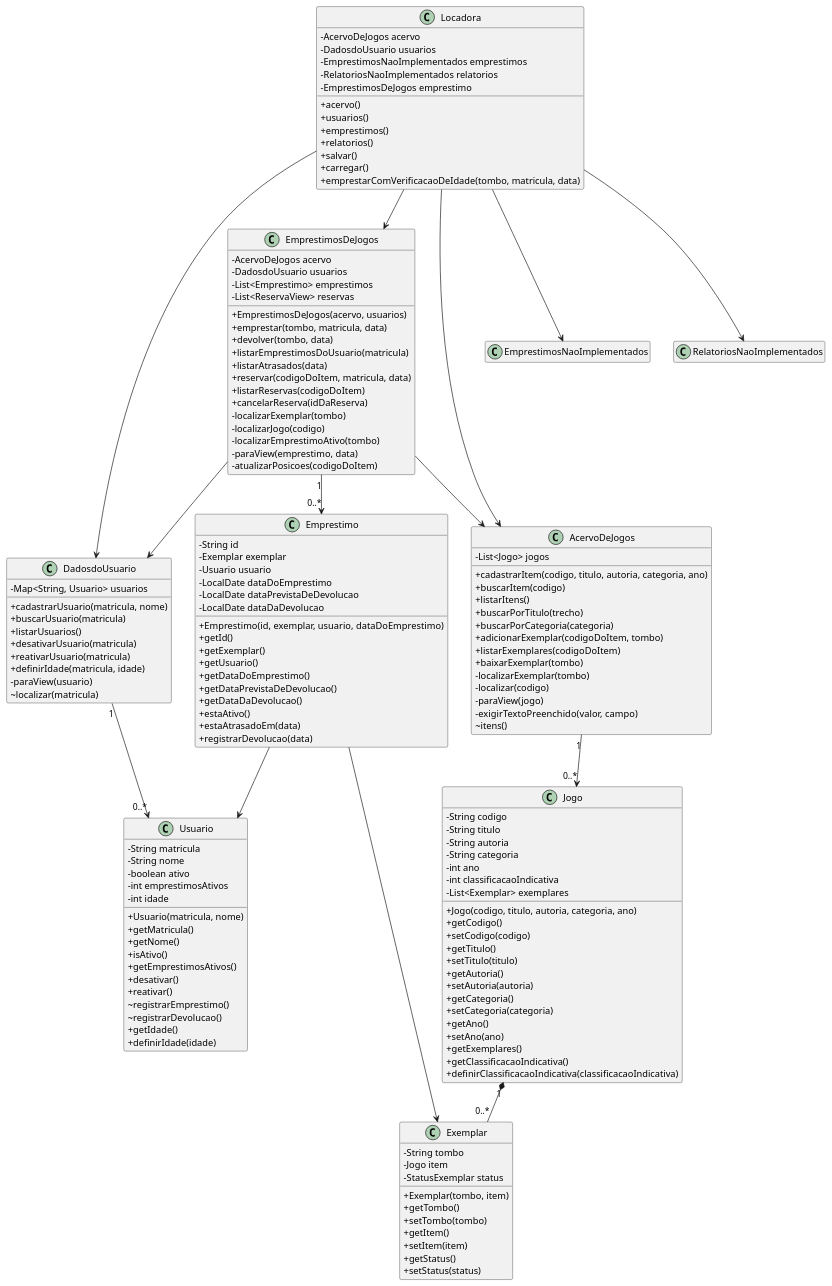
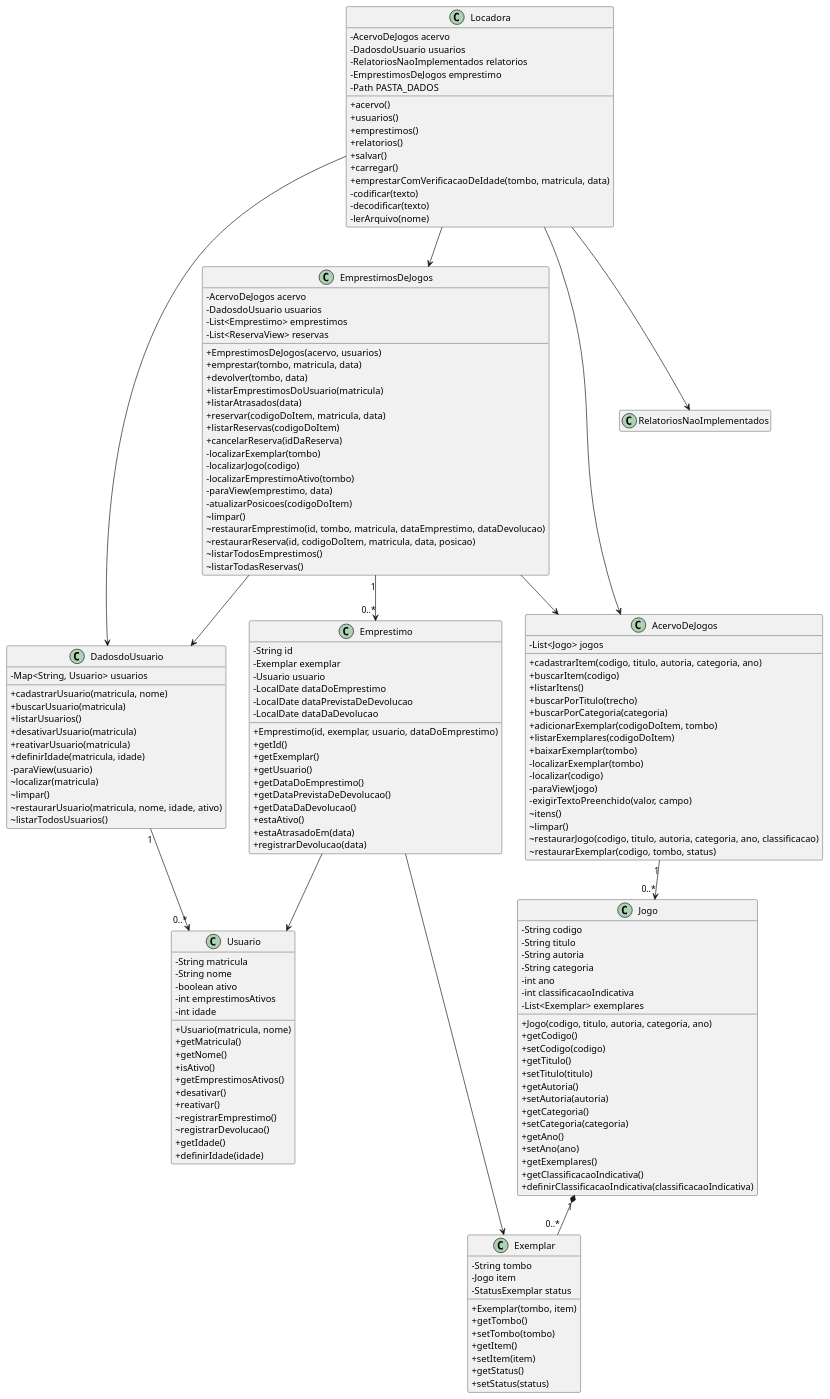
The diagram in docs/modelo.puml (poo-dcx-2026-2/Mentalistas), drawn with PlantUML before and after one commit. The commit also changed 1 other file, not shown here.

```diff
--- a/docs/modelo.puml
+++ b/docs/modelo.puml
@@ -1,175 +1,186 @@
 @startuml
 ' Modelo de domínio do sistema: Entrega 1.
 '
 ' Este arquivo é o ponto de partida. Substitua pelo modelo da sua equipe.
 ' O diagrama precisa corresponder ao código entregue.
 '
 ' Para gerar a imagem: instale o plugin PlantUML no IntelliJ, ou use
 '   plantuml docs/modelo.puml
 ' e versione a imagem gerada ao lado deste arquivo.
 
 skinparam classAttributeIconSize 0
 hide empty members
 
 class Locadora {
     - AcervoDeJogos acervo
     - DadosdoUsuario usuarios
-    - EmprestimosNaoImplementados emprestimos
     - RelatoriosNaoImplementados relatorios
     - EmprestimosDeJogos emprestimo
+    - Path PASTA_DADOS
     + acervo()
     + usuarios()
     + emprestimos()
     + relatorios()
     + salvar()
     + carregar()
     + emprestarComVerificacaoDeIdade(tombo, matricula, data)
+    - codificar(texto)
+    - decodificar(texto)
+    - lerArquivo(nome)
 }
 
 class AcervoDeJogos {
     - List<Jogo> jogos
     + cadastrarItem(codigo, titulo, autoria, categoria, ano)
     + buscarItem(codigo)
     + listarItens()
     + buscarPorTitulo(trecho)
     + buscarPorCategoria(categoria)
     + adicionarExemplar(codigoDoItem, tombo)
     + listarExemplares(codigoDoItem)
     + baixarExemplar(tombo)
     - localizarExemplar(tombo)
     - localizar(codigo)
     - paraView(jogo)
     - exigirTextoPreenchido(valor, campo)
     ~ itens()
+    ~ limpar()
+    ~ restaurarJogo(codigo, titulo, autoria, categoria, ano, classificacao)
+    ~ restaurarExemplar(codigo, tombo, status)
 }
 
 class DadosdoUsuario {
     - Map<String, Usuario> usuarios
     + cadastrarUsuario(matricula, nome)
     + buscarUsuario(matricula)
     + listarUsuarios()
     + desativarUsuario(matricula)
     + reativarUsuario(matricula)
     + definirIdade(matricula, idade)
     - paraView(usuario)
     ~ localizar(matricula)
+    ~ limpar()
+    ~ restaurarUsuario(matricula, nome, idade, ativo)
+    ~ listarTodosUsuarios()
 }
 
 class Jogo {
     - String codigo
     - String titulo
     - String autoria
     - String categoria
     - int ano
     - int classificacaoIndicativa
     - List<Exemplar> exemplares
     + Jogo(codigo, titulo, autoria, categoria, ano)
     + getCodigo()
     + setCodigo(codigo)
     + getTitulo()
     + setTitulo(titulo)
     + getAutoria()
     + setAutoria(autoria)
     + getCategoria()
     + setCategoria(categoria)
     + getAno()
     + setAno(ano)
     + getExemplares()
     + getClassificacaoIndicativa()
     + definirClassificacaoIndicativa(classificacaoIndicativa)
 }
 
 class Exemplar {
-   - String tombo
-       - Jogo item
-       - StatusExemplar status
-
-       + Exemplar(tombo, item)
-       + getTombo()
-       + setTombo(tombo)
-       + getItem()
-       + setItem(item)
-       + getStatus()
-       + setStatus(status)
+    - String tombo
+    - Jogo item
+    - StatusExemplar status
+    + Exemplar(tombo, item)
+    + getTombo()
+    + setTombo(tombo)
+    + getItem()
+    + setItem(item)
+    + getStatus()
+    + setStatus(status)
 }
 
 class Usuario {
     - String matricula
     - String nome
     - boolean ativo
     - int emprestimosAtivos
     - int idade
     + Usuario(matricula, nome)
     + getMatricula()
     + getNome()
     + isAtivo()
     + getEmprestimosAtivos()
     + desativar()
     + reativar()
     ~ registrarEmprestimo()
     ~ registrarDevolucao()
     + getIdade()
     + definirIdade(idade)
 }
 
 class EmprestimosDeJogos {
     - AcervoDeJogos acervo
     - DadosdoUsuario usuarios
     - List<Emprestimo> emprestimos
     - List<ReservaView> reservas
     + EmprestimosDeJogos(acervo, usuarios)
     + emprestar(tombo, matricula, data)
     + devolver(tombo, data)
     + listarEmprestimosDoUsuario(matricula)
     + listarAtrasados(data)
     + reservar(codigoDoItem, matricula, data)
     + listarReservas(codigoDoItem)
     + cancelarReserva(idDaReserva)
     - localizarExemplar(tombo)
     - localizarJogo(codigo)
     - localizarEmprestimoAtivo(tombo)
     - paraView(emprestimo, data)
     - atualizarPosicoes(codigoDoItem)
+    ~ limpar()
+    ~ restaurarEmprestimo(id, tombo, matricula, dataEmprestimo, dataDevolucao)
+    ~ restaurarReserva(id, codigoDoItem, matricula, data, posicao)
+    ~ listarTodosEmprestimos()
+    ~ listarTodasReservas()
 }
 
 class Emprestimo {
     - String id
     - Exemplar exemplar
     - Usuario usuario
     - LocalDate dataDoEmprestimo
     - LocalDate dataPrevistaDeDevolucao
     - LocalDate dataDaDevolucao
     + Emprestimo(id, exemplar, usuario, dataDoEmprestimo)
     + getId()
     + getExemplar()
     + getUsuario()
     + getDataDoEmprestimo()
     + getDataPrevistaDeDevolucao()
     + getDataDaDevolucao()
     + estaAtivo()
     + estaAtrasadoEm(data)
     + registrarDevolucao(data)
 }
 
-class EmprestimosNaoImplementados
 class RelatoriosNaoImplementados
 
 Locadora --> AcervoDeJogos
 Locadora --> DadosdoUsuario
-Locadora --> EmprestimosNaoImplementados
 Locadora --> EmprestimosDeJogos
 Locadora --> RelatoriosNaoImplementados
 
 AcervoDeJogos "1" --> "0..*" Jogo
 Jogo "1" *-- "0..*" Exemplar
 
 DadosdoUsuario "1" --> "0..*" Usuario
 
 EmprestimosDeJogos --> AcervoDeJogos
 EmprestimosDeJogos --> DadosdoUsuario
 EmprestimosDeJogos "1" --> "0..*" Emprestimo
 
 Emprestimo --> Exemplar
 Emprestimo --> Usuario
 
 @enduml
```
